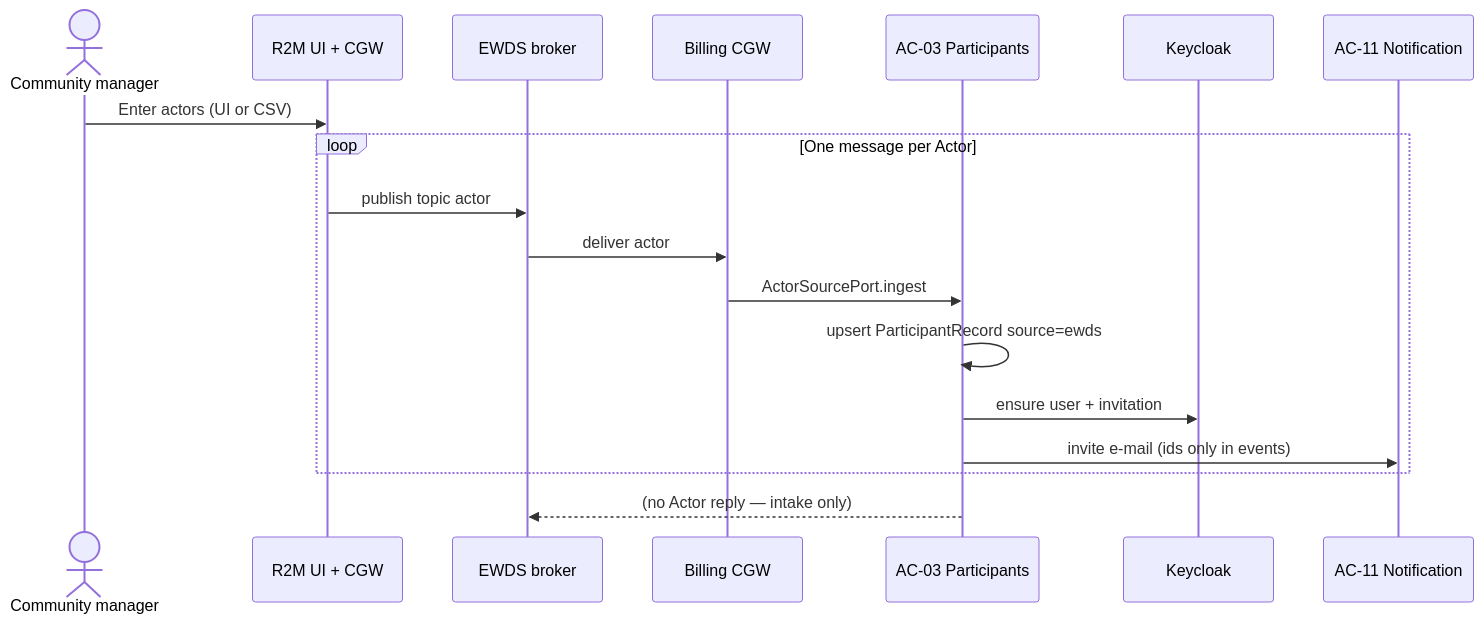
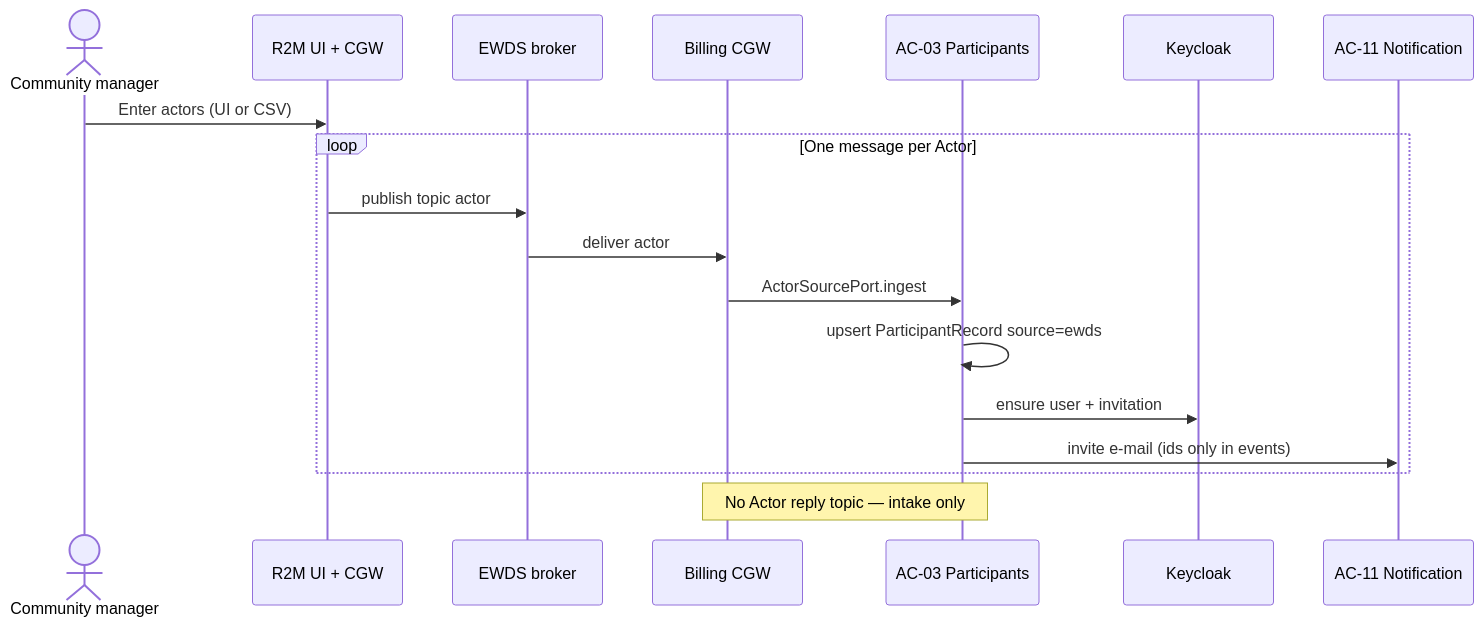
Before and after one commit to blooo-io/intelligent-eu-bps-source: the first of 14 diagrams in docs/architecture/07-scenario-flows.md, drawn with Mermaid. The commit also changed other lines of this file, not shown here.

First line of the commit message:
docs(INT-450): show Billing CGW on every EWDS scenario flow (#224)

````diff
--- a/docs/architecture/07-scenario-flows.md
+++ b/docs/architecture/07-scenario-flows.md
@@ -27,20 +33,20 @@
 ```mermaid
 sequenceDiagram
   actor Mgr as Community manager
   participant R2M as R2M UI + CGW
   participant EWDS as EWDS broker
   participant CGW as Billing CGW
   participant AC03 as AC-03 Participants
   participant IdP as Keycloak
   participant AC11 as AC-11 Notification
   Mgr->>R2M: Enter actors (UI or CSV)
   loop One message per Actor
     R2M->>EWDS: publish topic actor
     EWDS->>CGW: deliver actor
     CGW->>AC03: ActorSourcePort.ingest
     AC03->>AC03: upsert ParticipantRecord source=ewds
     AC03->>IdP: ensure user + invitation
     AC03->>AC11: invite e-mail (ids only in events)
   end
-  AC03-->>EWDS: (no Actor reply — intake only)
+  Note over CGW,AC03: No Actor reply topic — intake only
 ```
````
